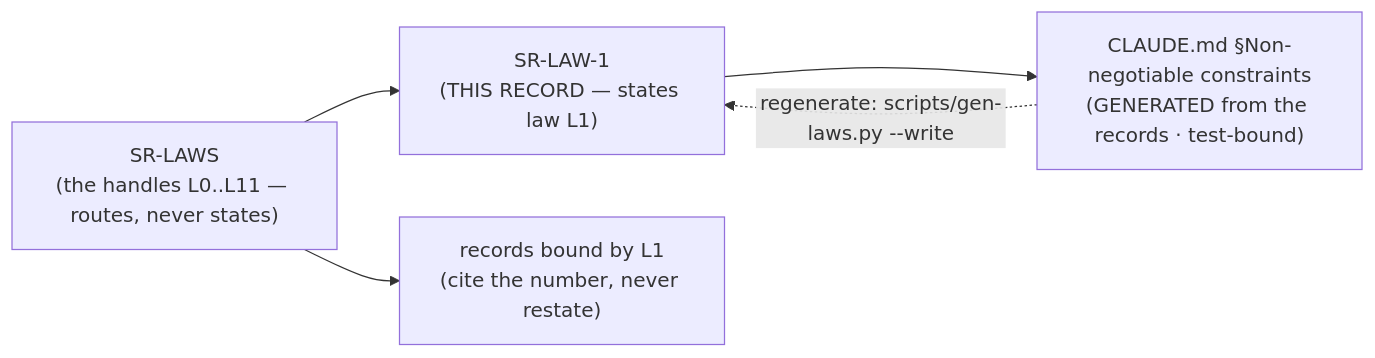
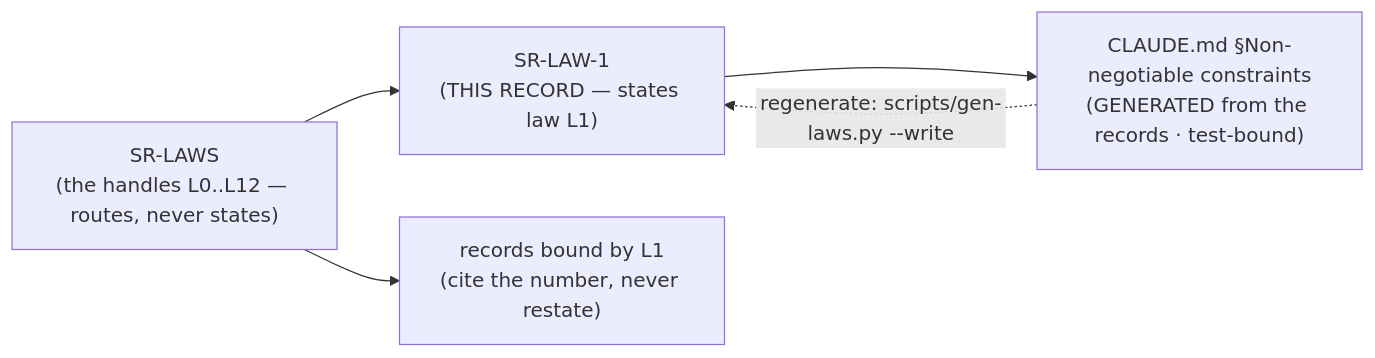
One commit to arpitarya/fux changed the diagram in records/0003_LAW-1-zero-cost.md. Above: the diagram before and after it, drawn with Mermaid. The commit also changed other lines of this file and 131 other files, not shown here.

````diff
--- a/records/0003_LAW-1-zero-cost.md
+++ b/records/0003_LAW-1-zero-cost.md
@@ -63,11 +63,11 @@
 ```mermaid
 flowchart LR
     R["SR-LAW-1<br/>(THIS RECORD — states law L1)"]
-    N["SR-LAWS<br/>(the handles L0..L11 — routes, never states)"]
+    N["SR-LAWS<br/>(the handles L0..L12 — routes, never states)"]
     C["CLAUDE.md §Non-negotiable constraints<br/>(GENERATED from the records · test-bound)"]
     B["records bound by L1<br/>(cite the number, never restate)"]
     R --> C
     N --> R
     N --> B
     C -. "regenerate: scripts/gen-laws.py --write" .-> R
 ```
````
